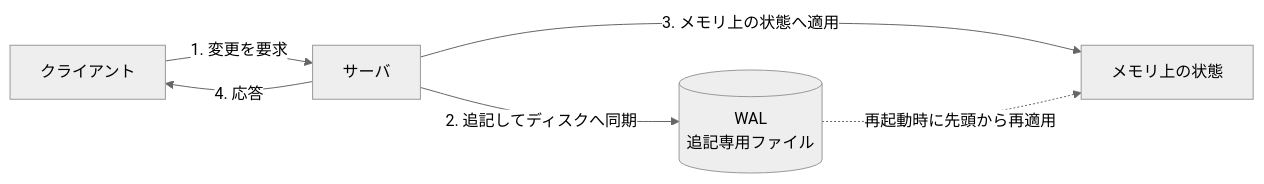
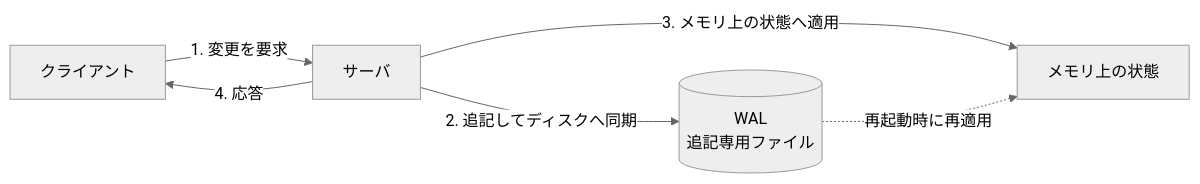
The first of 5 diagrams in content/notes/distributed-systems/write-ahead-log/index.md (nao1215/debimate), drawn with Mermaid (neutral theme) before and after one commit. The commit also changed other lines of this file and 20 other files, not shown here.

````diff
--- a/content/notes/distributed-systems/write-ahead-log/index.md
+++ b/content/notes/distributed-systems/write-ahead-log/index.md
@@ -16,8 +16,8 @@
 ```mermaid
 flowchart LR
     C["クライアント"] -->|"1. 変更を要求"| S["サーバ"]
     S -->|"2. 追記してディスクへ同期"| W[("WAL<br/>追記専用ファイル")]
     S -->|"3. メモリ上の状態へ適用"| M["メモリ上の状態"]
     S -->|"4. 応答"| C
-    W -.->|"再起動時に先頭から再適用"| M
+    W -.->|"再起動時に再適用"| M
 ```
````
